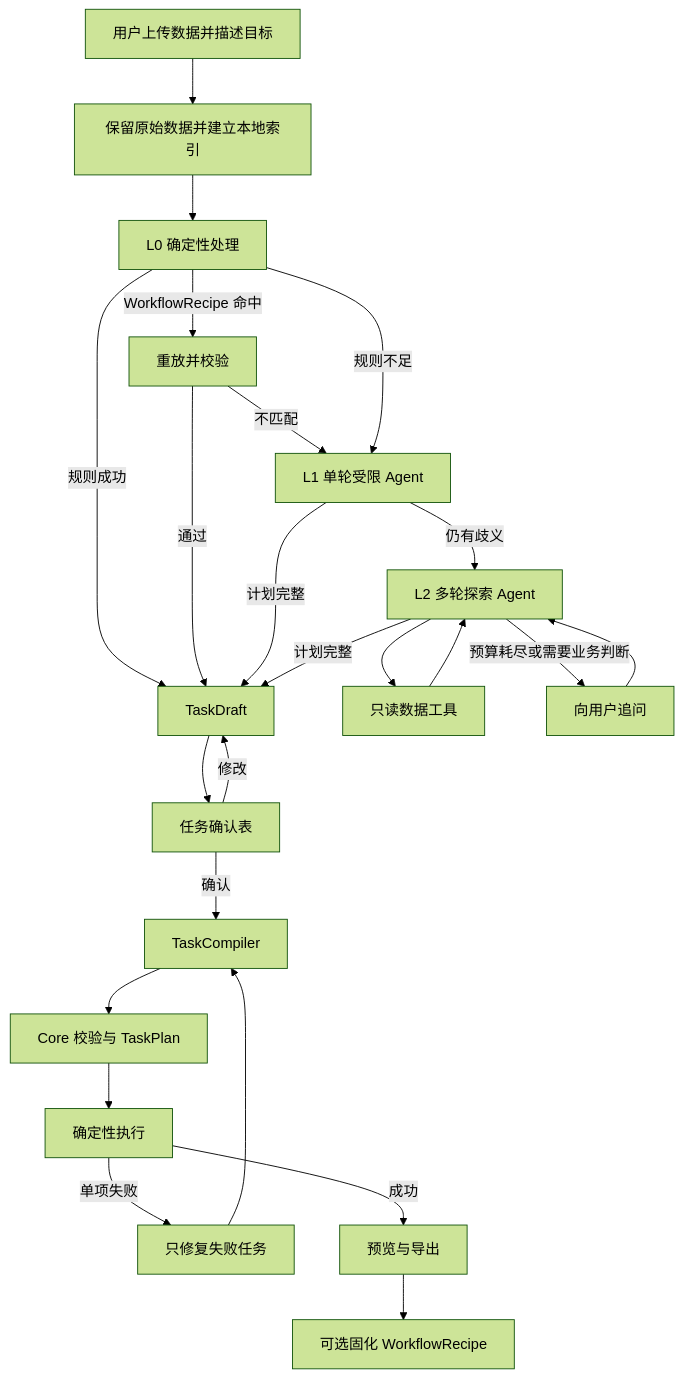
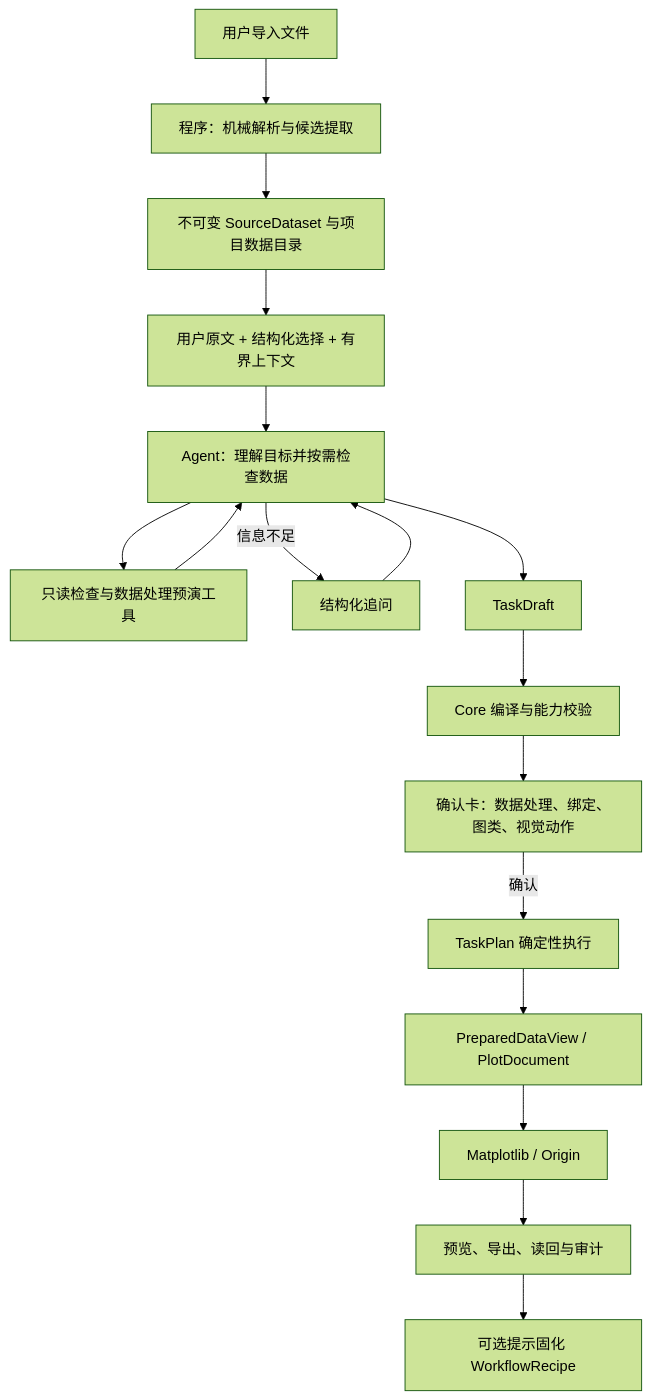
One commit to jike370/PlotAgent changed the diagram in docs/AGENT-ORCHESTRATION-ARCHITECTURE.md. Above: the diagram before and after it, drawn with Mermaid (forest theme). The commit also changed other lines of this file and 6 other files, not shown here.

Commit message:
docs(architecture): assign natural language to agent

````diff
--- a/docs/AGENT-ORCHESTRATION-ARCHITECTURE.md
+++ b/docs/AGENT-ORCHESTRATION-ARCHITECTURE.md
@@ -39,26 +41,19 @@
 ```mermaid
 flowchart TD
-    A["用户上传数据并描述目标"] --> B["保留原始数据并建立本地索引"]
-    B --> C["L0 确定性处理"]
-    C -->|"规则成功"| H["TaskDraft"]
-    C -->|"WorkflowRecipe 命中"| D["重放并校验"]
-    D -->|"通过"| H
-    D -->|"不匹配"| E["L1 单轮受限 Agent"]
-    C -->|"规则不足"| E
-    E -->|"计划完整"| H
-    E -->|"仍有歧义"| F["L2 多轮探索 Agent"]
-    F --> G["只读数据工具"]
-    G --> F
-    F -->|"计划完整"| H
-    F -->|"预算耗尽或需要业务判断"| Q["向用户追问"]
-    Q --> F
-    H --> I["任务确认表"]
-    I -->|"修改"| H
-    I -->|"确认"| J["TaskCompiler"]
-    J --> K["Core 校验与 TaskPlan"]
-    K --> L["确定性执行"]
-    L -->|"单项失败"| M["只修复失败任务"]
-    M --> J
-    L -->|"成功"| N["预览与导出"]
-    N --> O["可选固化 WorkflowRecipe"]
+    A["用户导入文件"] --> B["程序：机械解析与候选提取"]
+    B --> C["不可变 SourceDataset 与项目数据目录"]
+    C --> D["用户原文 + 结构化选择 + 有界上下文"]
+    D --> E["Agent：理解目标并按需检查数据"]
+    E --> F["只读检查与数据处理预演工具"]
+    F --> E
+    E -->|"信息不足"| Q["结构化追问"]
+    Q --> E
+    E --> G["TaskDraft"]
+    G --> H["Core 编译与能力校验"]
+    H --> I["确认卡：数据处理、绑定、图类、视觉动作"]
+    I -->|"确认"| J["TaskPlan 确定性执行"]
+    J --> K["PreparedDataView / PlotDocument"]
+    K --> L["Matplotlib / Origin"]
+    L --> M["预览、导出、读回与审计"]
+    M --> N["可选提示固化 WorkflowRecipe"]
 ```
````
